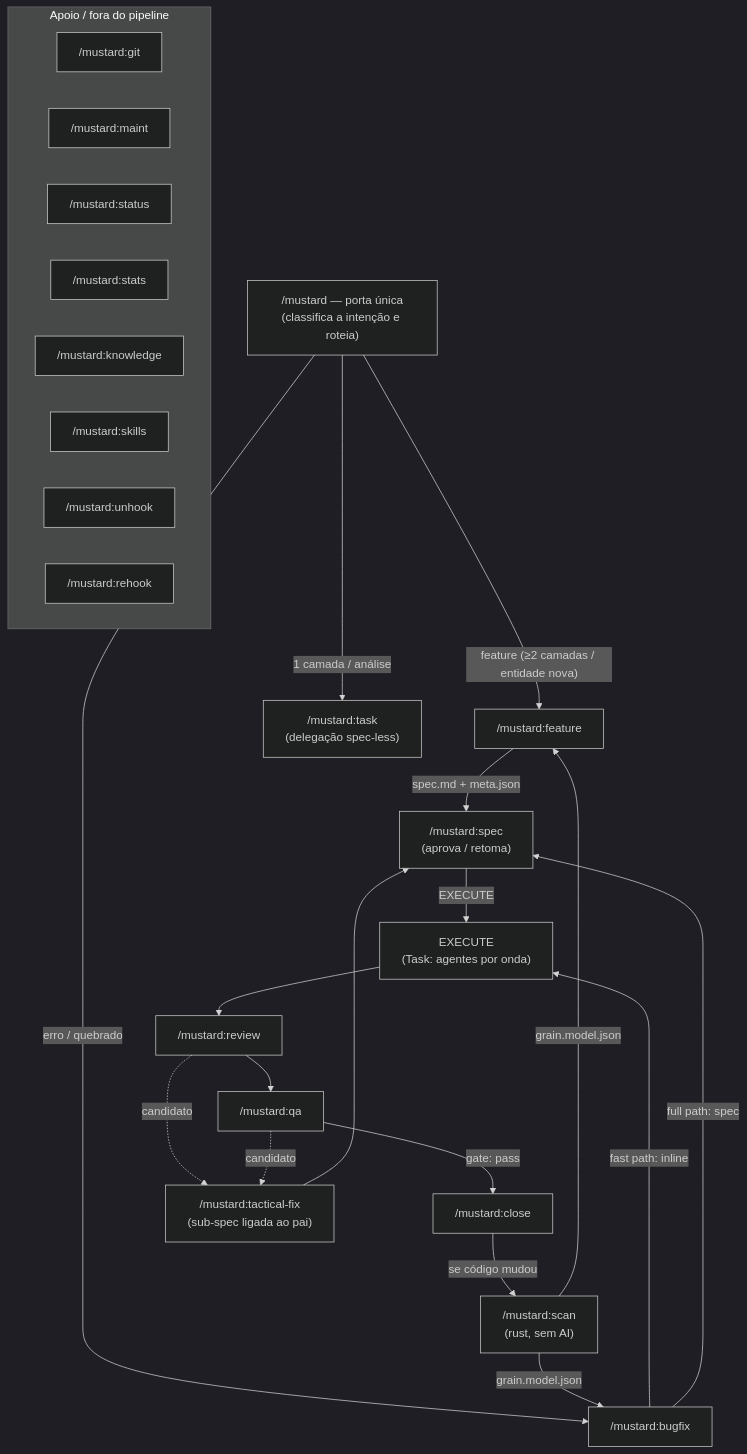
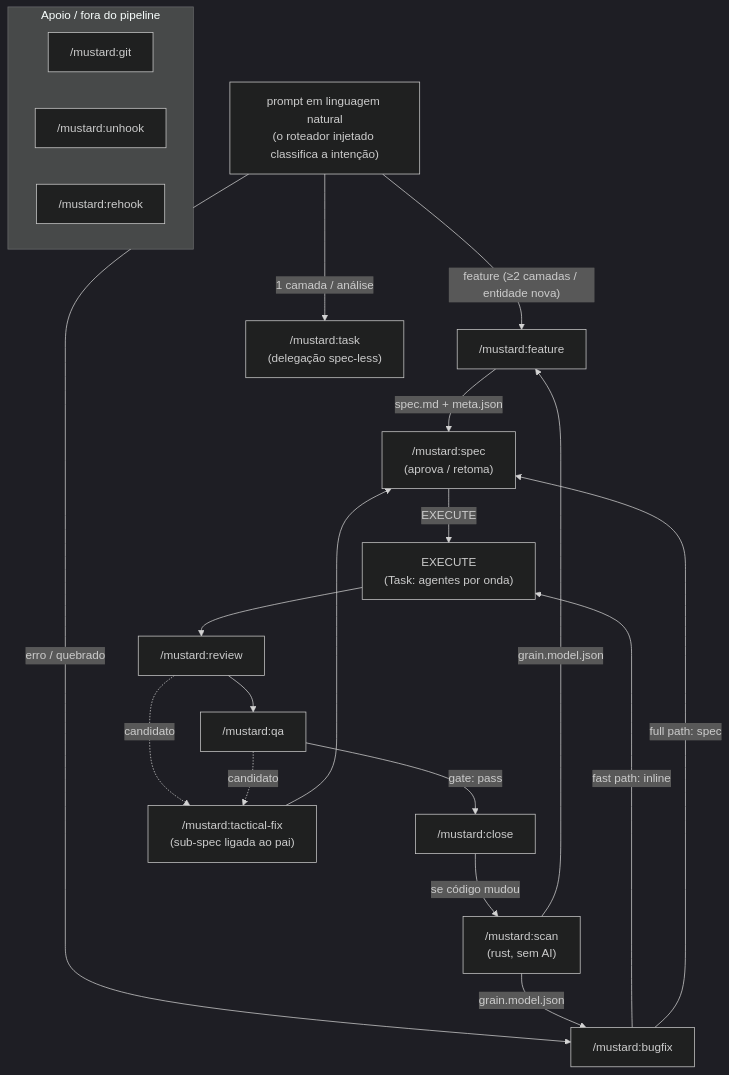
Before and after one commit to rubensrpj/mustard: the first of 15 diagrams in MUSTARD-COMMANDS.md, drawn with Mermaid (dark theme). The commit also changed other lines of this file and 24 other files, not shown here.

First line of the commit message:
@ feat(wave-5): seis portas saem — mustard, status, stats, knowledge, maint, skills

````diff
--- a/MUSTARD-COMMANDS.md
+++ b/MUSTARD-COMMANDS.md
@@ -23,35 +23,30 @@
 ```mermaid
 flowchart TD
-    door["/mustard — porta única<br/>(classifica a intenção e roteia)"] -->|"feature (≥2 camadas / entidade nova)"| feat["/mustard:feature"]
+    door["prompt em linguagem natural<br/>(o roteador injetado classifica a intenção)"] -->|"feature (≥2 camadas / entidade nova)"| feat["/mustard:feature"]
     door -->|"erro / quebrado"| bug["/mustard:bugfix"]
     door -->|"1 camada / análise"| task["/mustard:task<br/>(delegação spec-less)"]
 
     scan["/mustard:scan<br/>(rust, sem AI)"] -->|grain.model.json| feat
     scan -->|grain.model.json| bug
 
     feat -->|spec.md + meta.json| spec["/mustard:spec<br/>(aprova / retoma)"]
     bug -->|"fast path: inline"| exec
     bug -->|"full path: spec"| spec
 
     spec -->|EXECUTE| exec["EXECUTE<br/>(Task: agentes por onda)"]
     exec --> review["/mustard:review"]
     review --> qa["/mustard:qa"]
     qa -->|"gate: pass"| close["/mustard:close"]
 
     review -. candidato .-> tf["/mustard:tactical-fix<br/>(sub-spec ligada ao pai)"]
     qa -. candidato .-> tf
     tf --> spec
 
     close -->|se código mudou| scan
 
     subgraph apoio["Apoio / fora do pipeline"]
         git["/mustard:git"]
-        maint["/mustard:maint"]
-        status["/mustard:status"]
-        stats["/mustard:stats"]
-        knowledge["/mustard:knowledge"]
-        skills["/mustard:skills"]
         unhook["/mustard:unhook"]
         rehook["/mustard:rehook"]
     end
 ```
````
